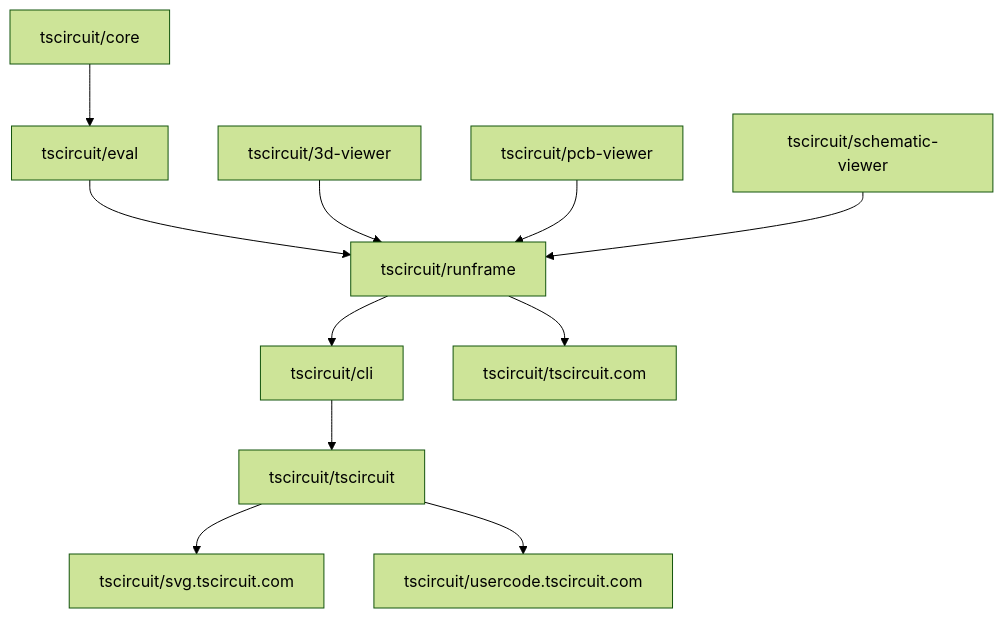
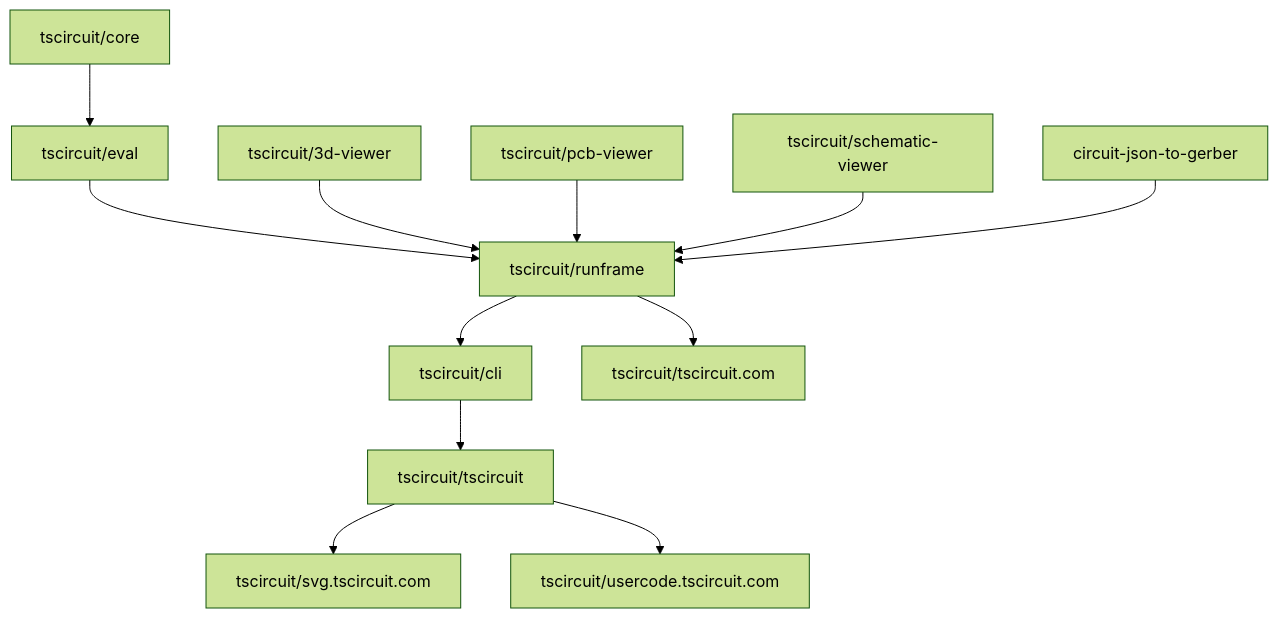
Before and after one commit to tscircuit/docs: the diagram in docs/contributing/package-dependencies-and-auto-updates.mdx, drawn with Mermaid (forest theme).

Commit message:
Add circuit-json-to-gerber to dependency graph

````diff
--- a/docs/contributing/package-dependencies-and-auto-updates.mdx
+++ b/docs/contributing/package-dependencies-and-auto-updates.mdx
@@ -14,31 +14,34 @@
 ```mermaid
 flowchart TD
 
     %% Core to Eval
     core[tscircuit/core] --> eval[tscircuit/eval]
 
     %% Eval to Runframe
     eval --> runframe[tscircuit/runframe]
 
     %% 3D Viewer to Runframe
     viewer3d[tscircuit/3d-viewer] --> runframe
 
     %% PCB Viewer to Runframe
     pcbviewer[tscircuit/pcb-viewer] --> runframe
 
     %% Schematic Viewer to Runframe
     schemaviewer[tscircuit/schematic-viewer] --> runframe
 
+    %% Circuit JSON to Gerber to Runframe
+    circuitjsontogerber[circuit-json-to-gerber] --> runframe
+
     %% Runframe to CLI
     runframe --> cli[tscircuit/cli]
 
     %% Runframe to tscircuit.com
     runframe --> tscircuitcom[tscircuit/tscircuit.com]
     
     %% CLI to Tscircuit
     cli --> tscircuit[tscircuit/tscircuit]
 
     %% Tscircuit to web services
     tscircuit --> svg[tscircuit/svg.tscircuit.com]
     tscircuit --> usercode[tscircuit/usercode.tscircuit.com]
 ```
````
